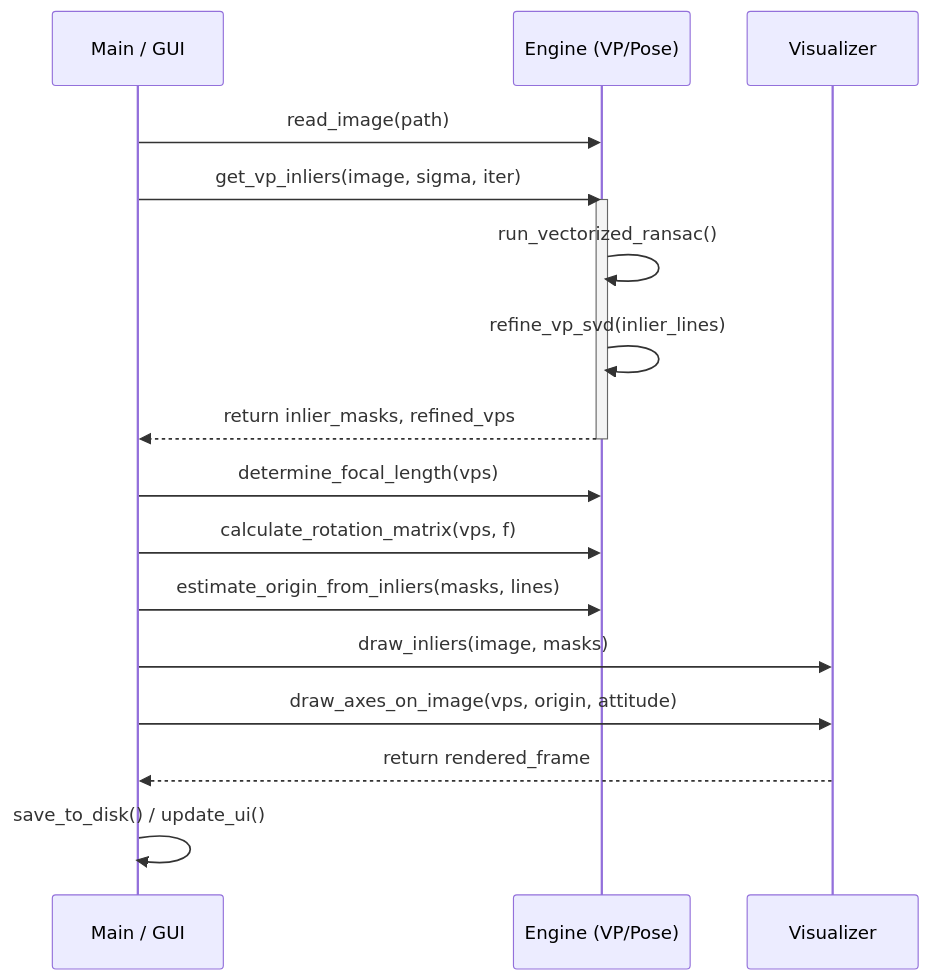
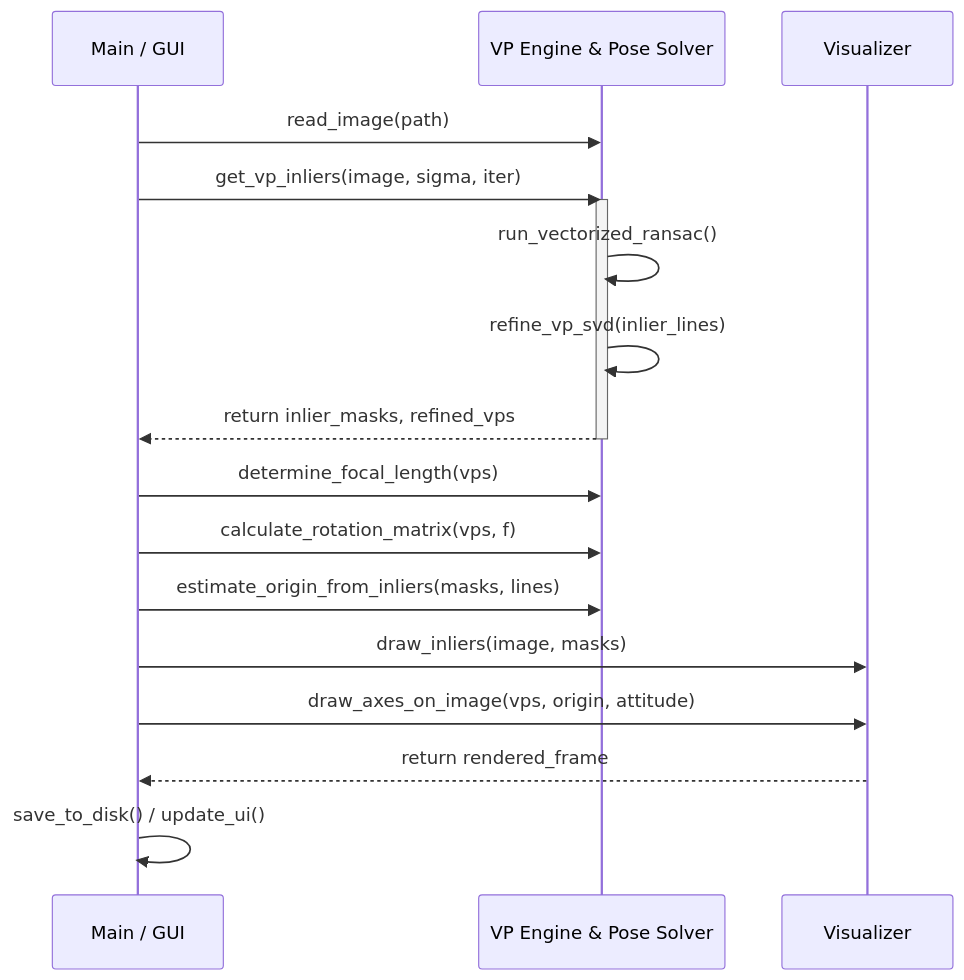
Before and after one commit to hank921109/114-2-Phone_Camera_Attitude: the third of 3 diagrams in README.md, drawn with Mermaid. The commit also changed other lines of this file and 13 other files, not shown here.

````diff
--- a/README.md
+++ b/README.md
@@ -72,23 +75,23 @@
 ```mermaid
 sequenceDiagram
     participant M as Main / GUI
-    participant E as Engine (VP/Pose)
+    participant E as VP Engine & Pose Solver
     participant V as Visualizer
 
     M->>E: read_image(path)
     M->>E: get_vp_inliers(image, sigma, iter)
     activate E
     E->>E: run_vectorized_ransac()
     E->>E: refine_vp_svd(inlier_lines)
     E-->>M: return inlier_masks, refined_vps
     deactivate E
     
     M->>E: determine_focal_length(vps)
     M->>E: calculate_rotation_matrix(vps, f)
     M->>E: estimate_origin_from_inliers(masks, lines)
     
     M->>V: draw_inliers(image, masks)
     M->>V: draw_axes_on_image(vps, origin, attitude)
     V-->>M: return rendered_frame
     M->>M: save_to_disk() / update_ui()
 ```
````
